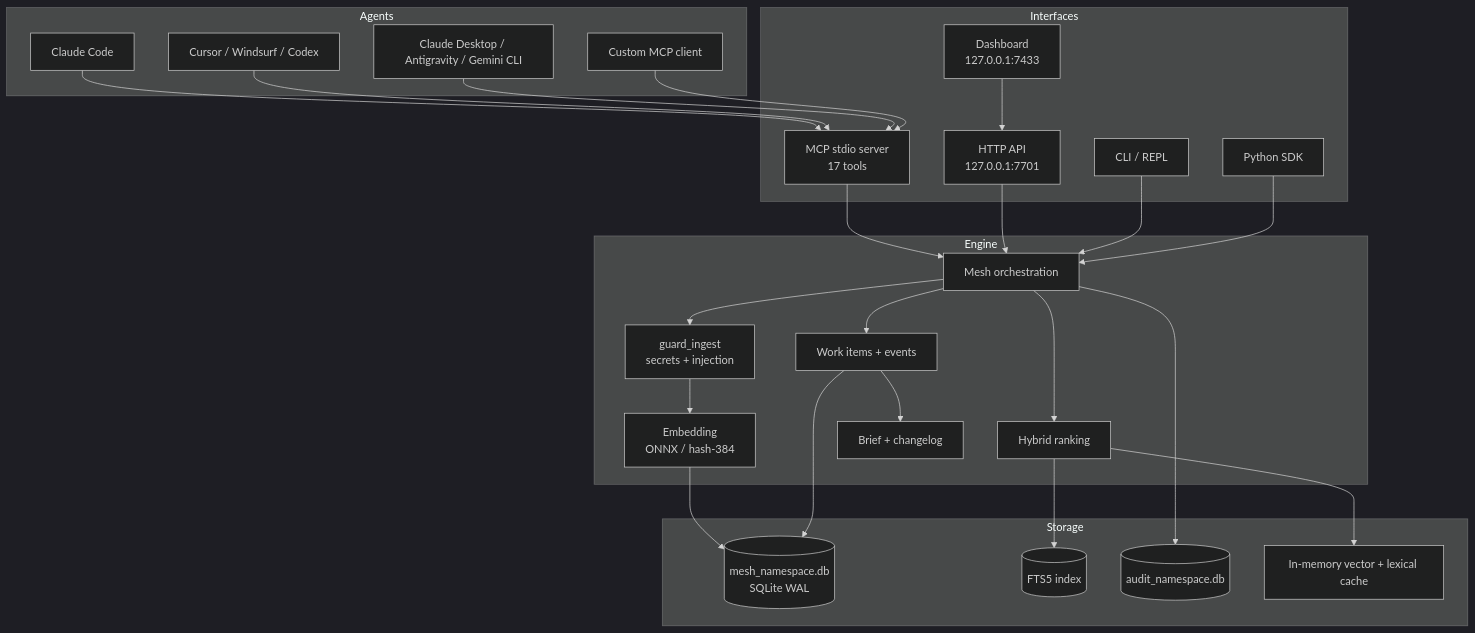
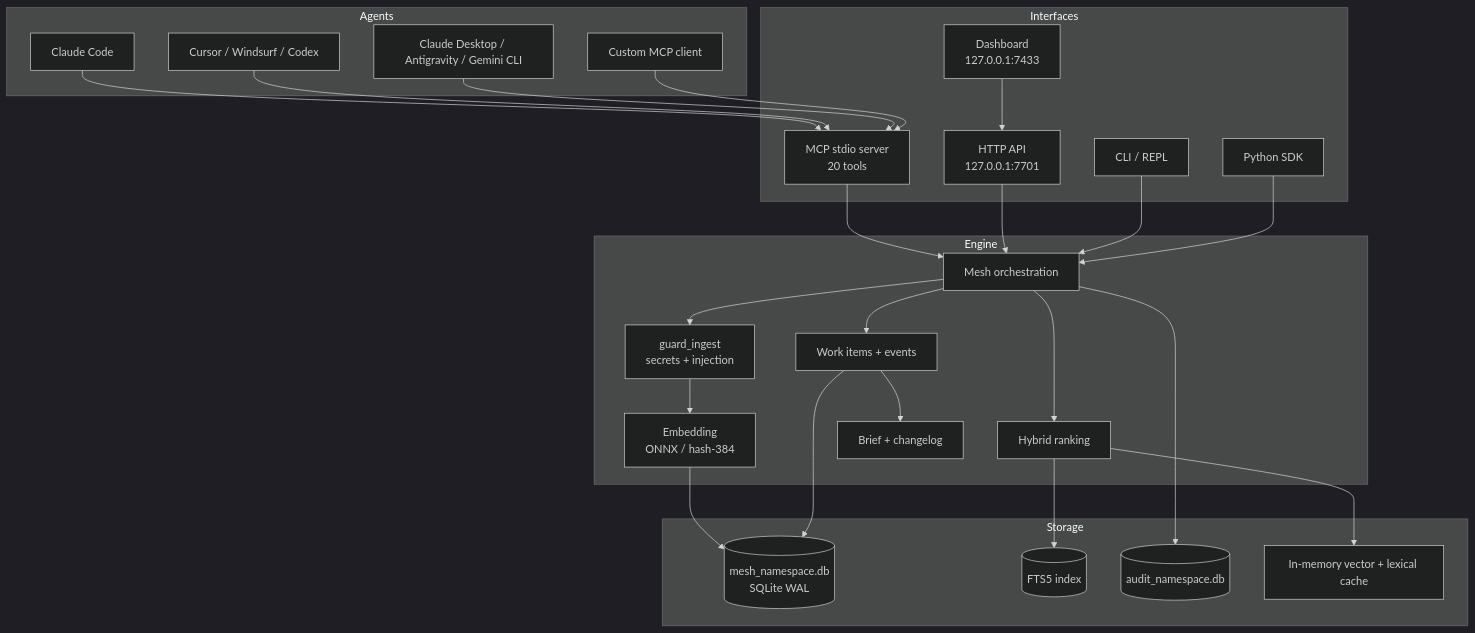
The first of 6 diagrams in ARCHITECTURE.md (billighost/Mesh), drawn with Mermaid (dark theme) before and after one commit. The commit also changed other lines of this file and 165 other files, not shown here.

````diff
--- a/ARCHITECTURE.md
+++ b/ARCHITECTURE.md
@@ -17,50 +19,50 @@
 ```mermaid
 flowchart TB
     subgraph Agents
         A1[Claude Code]
         A2[Cursor / Windsurf / Codex]
         A3[Claude Desktop / Antigravity / Gemini CLI]
         A4[Custom MCP client]
     end
 
     subgraph Interfaces
-        MCP[MCP stdio server<br/>17 tools]
+        MCP[MCP stdio server<br/>20 tools]
         HTTP[HTTP API<br/>127.0.0.1:7701]
         CLI[CLI / REPL]
         SDK[Python SDK]
         DASH[Dashboard<br/>127.0.0.1:7433]
     end
 
     subgraph Engine
         MEM[Mesh orchestration]
         GUARD[guard_ingest<br/>secrets + injection]
         EMB[Embedding<br/>ONNX / hash-384]
         RANK[Hybrid ranking]
         WORK[Work items + events]
         BRIEF[Brief + changelog]
     end
 
     subgraph Storage
         DB[(mesh_namespace.db<br/>SQLite WAL)]
         FTS[(FTS5 index)]
         AUD[(audit_namespace.db)]
         CACHE[In-memory vector + lexical cache]
     end
 
     A1 --> MCP
     A2 --> MCP
     A3 --> MCP
     A4 --> MCP
     MCP --> MEM
     HTTP --> MEM
     CLI --> MEM
     SDK --> MEM
     DASH --> HTTP
     MEM --> GUARD --> EMB --> DB
     MEM --> RANK
     RANK --> CACHE
     RANK --> FTS
     MEM --> WORK --> DB
     WORK --> BRIEF
     MEM --> AUD
 ```
````
